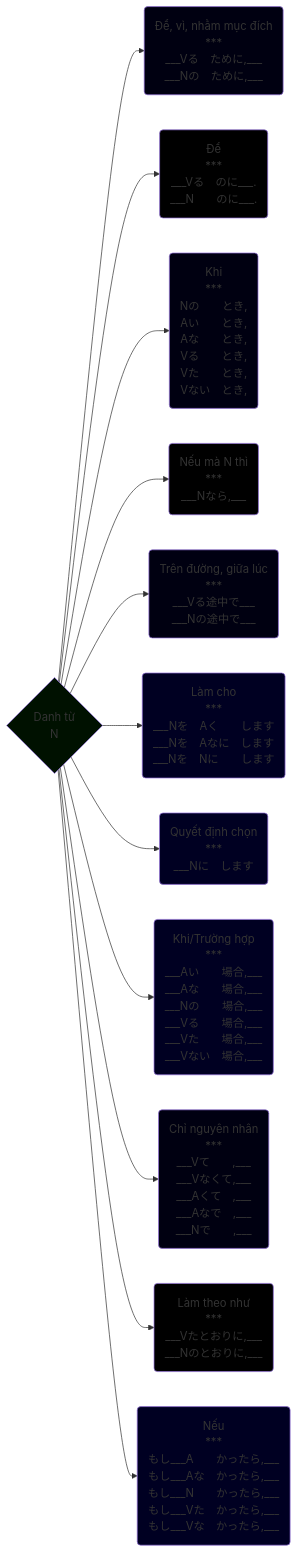
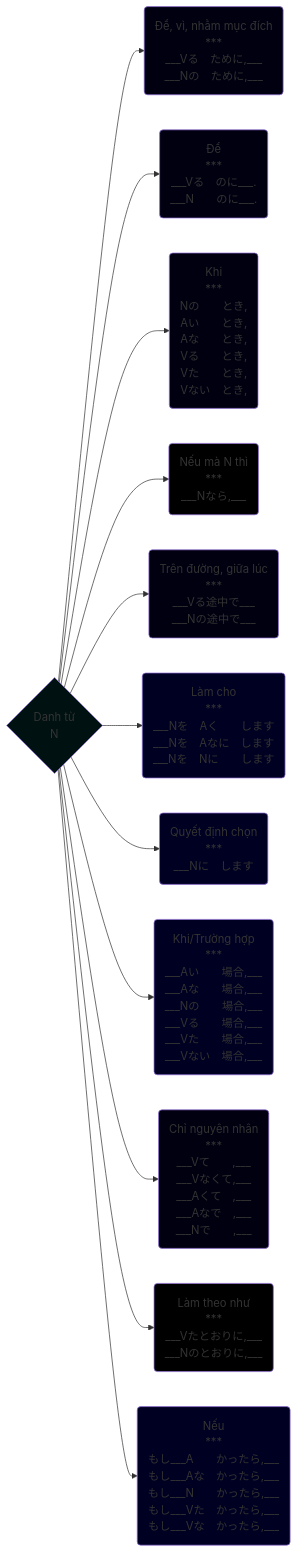
One commit to tea1504/learn changed the diagram in Danh_Tu.md. Above: the diagram before and after it, drawn with Mermaid. The commit also changed 3 other files, not shown here.

````diff
--- a/Danh_Tu.md
+++ b/Danh_Tu.md
@@ -1,29 +1,29 @@
 ```mermaid
 graph LR;
     N{Danh từ\nN}
 
     N-->nhamMucDich(Để, vì, nhằm mục đích\n***\n___Vる　ために,___\n___Nの　ために,___)
     N-->de(Để\n***\n___Vる　のに___.\n___N　　のに___.)
     N-->khi(Khi\n***\nNの　　とき,\nAい　　とき,\nAな　　とき,\nVる　　とき,\nVた　　とき,\nVない　とき,)
     N-->neuMaNThi(Nếu mà N thì\n***\n___Nなら,___)
     N-->trenDuongGiuaLuc(Trên đường, giữa lúc\n***\n___Vる途中で___\n___Nの途中で___)
     N-->lamCho(Làm cho\n***\n___Nを　Aく　　します\n___Nを　Aなに　します\n___Nを　Nに　　します)
     N-->quyetDinhChon(Quyết định chọn\n***\n___Nに　します)
     N-->truongHop(Khi/Trường hợp\n***\n___Aい　　場合,___\n___Aな　　場合,___\n___Nの　　場合,___\n___Vる　　場合,___\n___Vた　　場合,___\n___Vない　場合,___)
     N-->chiNguyenNhan(Chỉ nguyên nhân\n***\n___Vて　　,___\n___Vなくて,___\n___Aくて　,___\n___Aなで　,___\n___Nで　　,___)
     N-->lamTheoNhu(Làm theo như\n***\n___Vたとおりに,___\n___Nのとおりに,___)
     N-->neu(Nếu\n***\nもし___A　　かったら,___\nもし___Aな　かったら,___\nもし___N　　かったら,___\nもし___Vた　かったら,___\nもし___Vな　かったら,___)
 
-    style N fill:#010
+    style N fill:#011
     style chiNguyenNhan fill:#001
-    style de fill:#000
+    style de fill:#001
     style khi fill:#001
     style lamCho fill:#002
     style lamTheoNhu fill:#000
     style neu fill:#002
     style neuMaNThi fill:#000
     style nhamMucDich fill:#001
     style quyetDinhChon fill:#002
     style trenDuongGiuaLuc fill:#001
     style truongHop fill:#002
 ```
````
